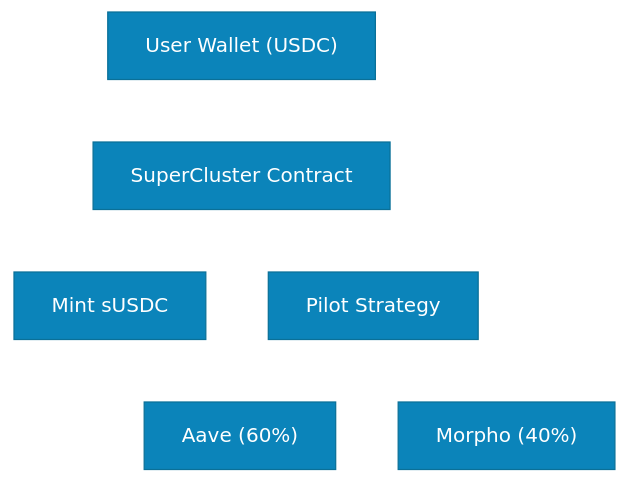
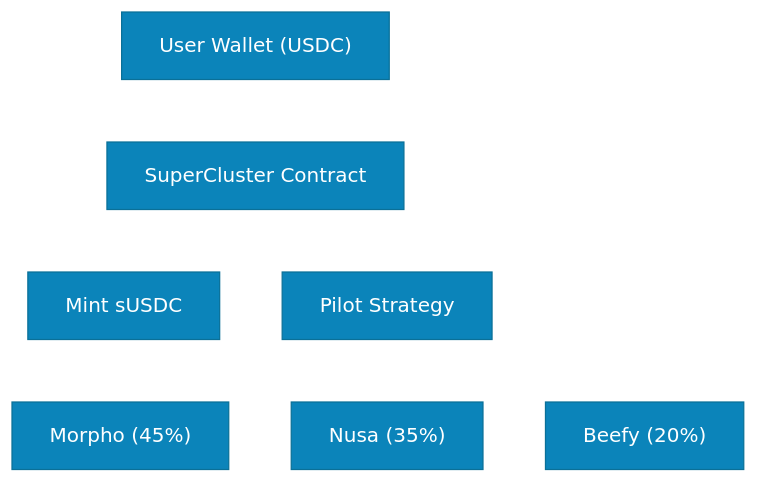
The diagram in docs/user-flow/deposit-stablecoin.md (super-cluster-lisk/docs), drawn with Mermaid before and after one commit. The commit also changed other lines of this file and 12 other files, not shown here.

````diff
--- a/docs/user-flow/deposit-stablecoin.md
+++ b/docs/user-flow/deposit-stablecoin.md
@@ -58,16 +58,18 @@
 ```mermaid
 %%{init: {'theme':'base', 'themeVariables': { 'primaryColor':'#0b84ba','primaryTextColor':'#ffffff','primaryBorderColor':'#0a7098','lineColor':'#ffffff','secondaryColor':'#0a7098','tertiaryColor':'#08506e'}}}%%
 flowchart TD
     A["User Wallet (USDC)"]
     B["SuperCluster Contract"]
     C["Mint sUSDC"]
     D["Pilot Strategy"]
-    E["Aave (60%)"]
-    F["Morpho (40%)"]
+    E["Morpho (45%)"]
+    F["Nusa (35%)"]
+    G["Beefy (20%)"]
 
     A --> B
     B --> C
     B --> D
     D --> E
     D --> F
+    D --> G
 ```
````
